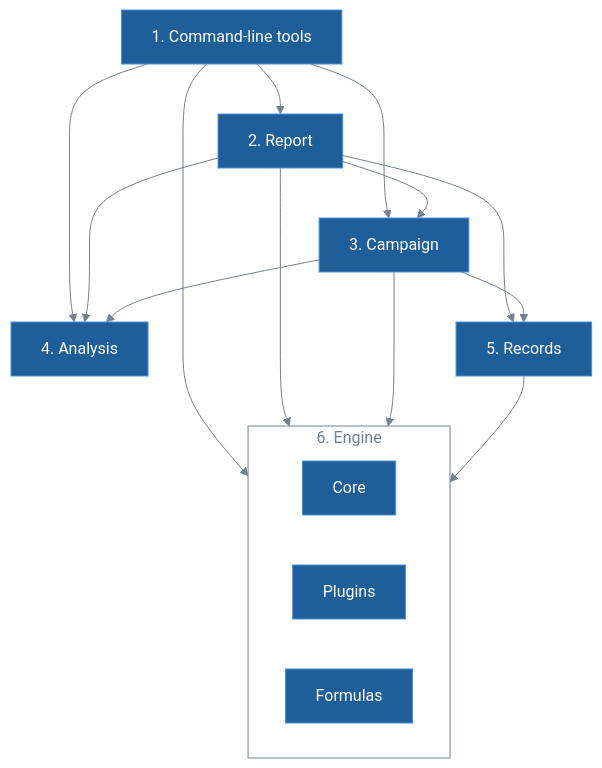
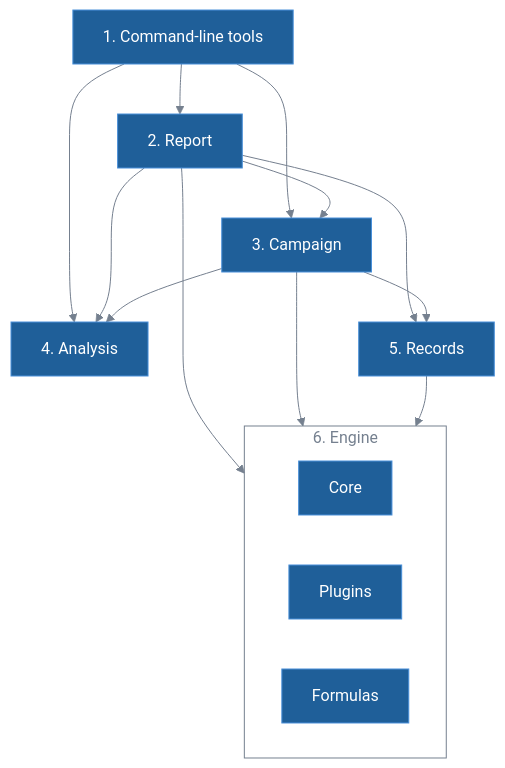
Before and after one commit to lykimq/HerdSim: the second of 3 diagrams in docs/codes/architecture.md, drawn with Mermaid. The commit also changed other lines of this file and 38 other files, not shown here.

````diff
--- a/docs/codes/architecture.md
+++ b/docs/codes/architecture.md
@@ -38,27 +38,26 @@
 ```mermaid
 %%{init: {"theme": "base", "themeVariables": {"primaryColor": "#1f5f99", "primaryTextColor": "#ffffff", "primaryBorderColor": "#4a90d9", "lineColor": "#75808f", "tertiaryTextColor": "#75808f", "titleColor": "#75808f", "clusterBkg": "transparent", "clusterBorder": "#75808f", "edgeLabelBackground": "transparent"}}}%%
 flowchart TB
     tools["1. Command-line tools"]
     report["2. Report"]
     campaign["3. Campaign"]
     analysis["4. Analysis"]
     records["5. Records"]
     subgraph engine ["6. Engine"]
         core["Core"]
         plugins["Plugins"]
         formulas["Formulas"]
     end
 
     tools --> report
     tools --> campaign
     tools --> analysis
-    tools --> engine
     report --> campaign
     report --> analysis
     report --> records
     report --> engine
     campaign --> analysis
     campaign --> records
     campaign --> engine
     records --> engine
 ```
````
